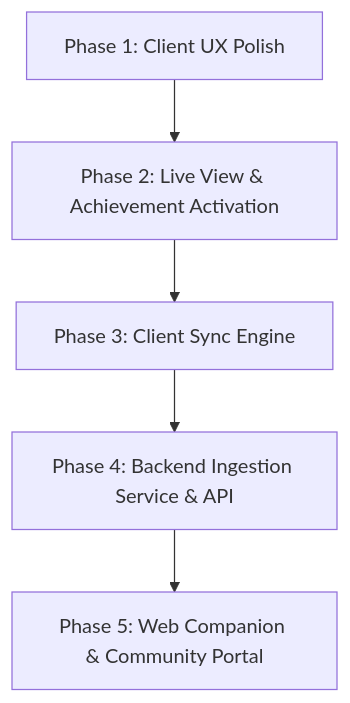
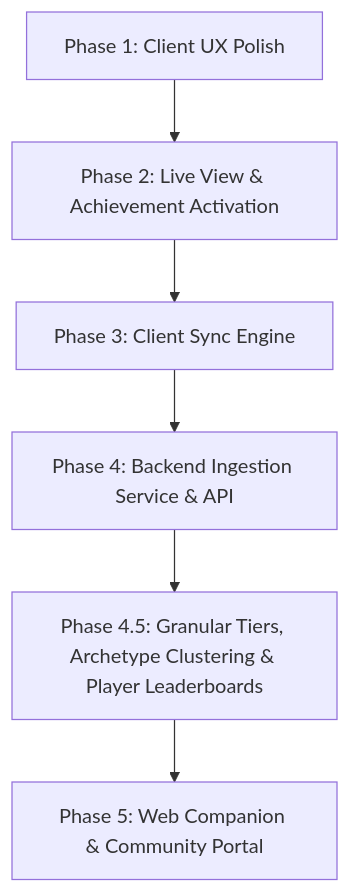
One commit to Matt4C6F656872/Rhystic-Tracker changed the diagram in docs/PLATFORM_ROADMAP.md. Above: the diagram before and after it, drawn with Mermaid. The commit also changed other lines of this file and 19 other files, not shown here.

````diff
--- a/docs/PLATFORM_ROADMAP.md
+++ b/docs/PLATFORM_ROADMAP.md
@@ -62,7 +81,8 @@
 ```mermaid
 flowchart TD
     A["Phase 1: Client UX Polish"] --> B["Phase 2: Live View & Achievement Activation"]
     B --> C["Phase 3: Client Sync Engine"]
     C --> D["Phase 4: Backend Ingestion Service & API"]
-    D --> E["Phase 5: Web Companion & Community Portal"]
+    D --> D2["Phase 4.5: Granular Tiers, Archetype Clustering & Player Leaderboards"]
+    D2 --> E["Phase 5: Web Companion & Community Portal"]
 ```
````
